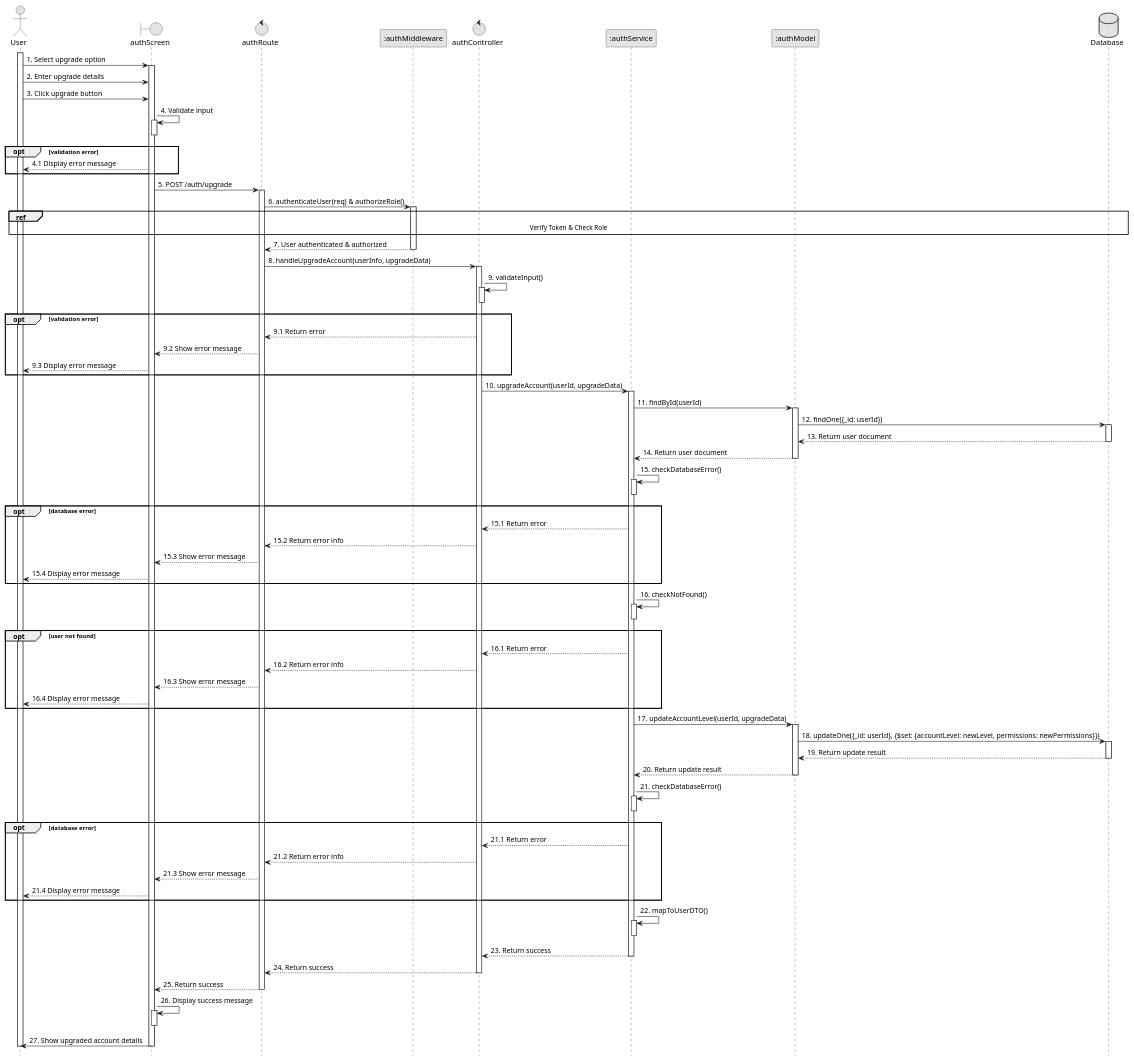
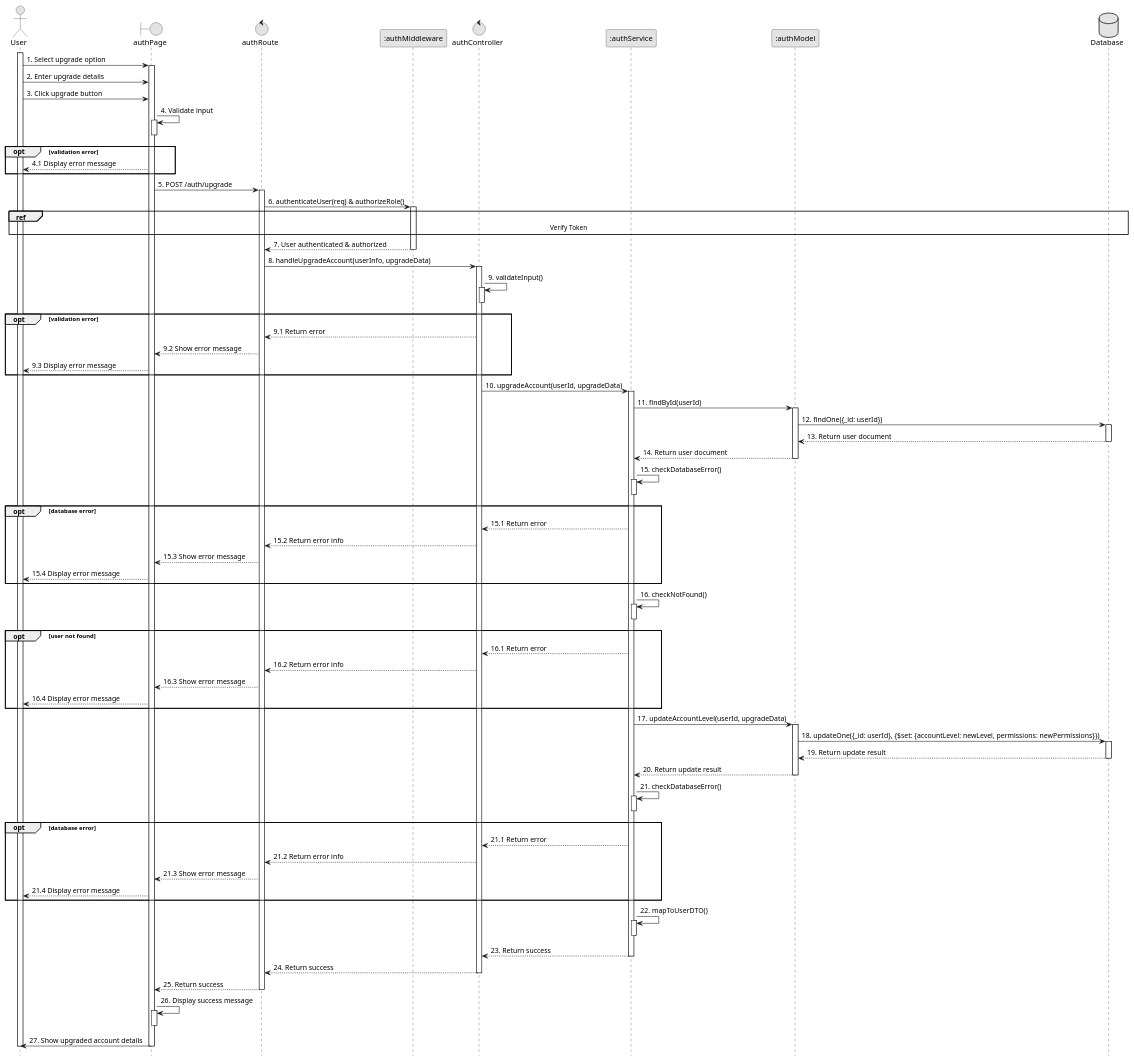
Before and after one commit to VietDurian/VietDurian: the diagram in planuml/web/7_upgradeAccount.puml, drawn with PlantUML. The commit also changed 24 other files, not shown here.

Commit message:
ViVLT: Edit sequence and add check role flow for authentication sub sequence

```diff
--- a/planuml/web/7_upgradeAccount.puml
+++ b/planuml/web/7_upgradeAccount.puml
@@ -1,105 +1,105 @@
 @startuml 7_upgradeAccount
 skinparam monochrome true
 skinparam shadowing false
 skinparam sequenceArrowThickness 1
 hide footbox
 
 actor User
-boundary authScreen as UI
+boundary authPage as UI
 control authRoute as Route
 participant ":authMiddleware" as Middleware
 control authController as Controller
 participant ":authService" as Service
 participant ":authModel" as Model
 database Database as DB
 
 activate User
 User -> UI : 1. Select upgrade option
 activate UI
 User -> UI : 2. Enter upgrade details
 User -> UI : 3. Click upgrade button
 UI -> UI : 4. Validate input
 activate UI
 deactivate UI
 opt validation error
     UI --> User : 4.1 Display error message
 end
 UI -> Route : 5. POST /auth/upgrade
 activate Route
 Route -> Middleware : 6. authenticateUser(req) & authorizeRole()
 activate Middleware
-ref over User, DB: Verify Token & Check Role
+ref over User, DB: Verify Token 
 Middleware --> Route : 7. User authenticated & authorized
 deactivate Middleware
 Route -> Controller : 8. handleUpgradeAccount(userInfo, upgradeData)
 activate Controller
 Controller -> Controller : 9. validateInput()
 activate Controller
 deactivate Controller
 opt validation error
     Controller --> Route : 9.1 Return error
     Route --> UI : 9.2 Show error message
     UI --> User : 9.3 Display error message
 end
 Controller -> Service : 10. upgradeAccount(userId, upgradeData)
 activate Service
 Service -> Model : 11. findById(userId)
 activate Model
 Model -> DB : 12. findOne({_id: userId})
 activate DB
 DB --> Model : 13. Return user document
 deactivate DB
 Model --> Service : 14. Return user document
 deactivate Model
 Service -> Service : 15. checkDatabaseError()
 activate Service
 deactivate Service
 opt database error
     Service --> Controller : 15.1 Return error
     Controller --> Route : 15.2 Return error info
     Route --> UI : 15.3 Show error message
     UI --> User : 15.4 Display error message
 end
 Service -> Service : 16. checkNotFound()
 activate Service
 deactivate Service
 opt user not found
     Service --> Controller : 16.1 Return error
     Controller --> Route : 16.2 Return error info
     Route --> UI : 16.3 Show error message
     UI --> User : 16.4 Display error message
 end
 Service -> Model : 17. updateAccountLevel(userId, upgradeData)
 activate Model
 Model -> DB : 18. updateOne({_id: userId}, {$set: {accountLevel: newLevel, permissions: newPermissions}})
 activate DB
 DB --> Model : 19. Return update result
 deactivate DB
 Model --> Service : 20. Return update result
 deactivate Model
 Service -> Service : 21. checkDatabaseError()
 activate Service
 deactivate Service
 opt database error
     Service --> Controller : 21.1 Return error
     Controller --> Route : 21.2 Return error info
     Route --> UI : 21.3 Show error message
     UI --> User : 21.4 Display error message
 end
 Service -> Service : 22. mapToUserDTO()
 activate Service
 deactivate Service
 Service --> Controller : 23. Return success
 deactivate Service
 Controller --> Route : 24. Return success
 deactivate Controller
 Route --> UI : 25. Return success
 deactivate Route
 UI -> UI : 26. Display success message
 activate UI
 deactivate UI
 UI -> User : 27. Show upgraded account details
 deactivate UI
 deactivate User
 
 @enduml
```
